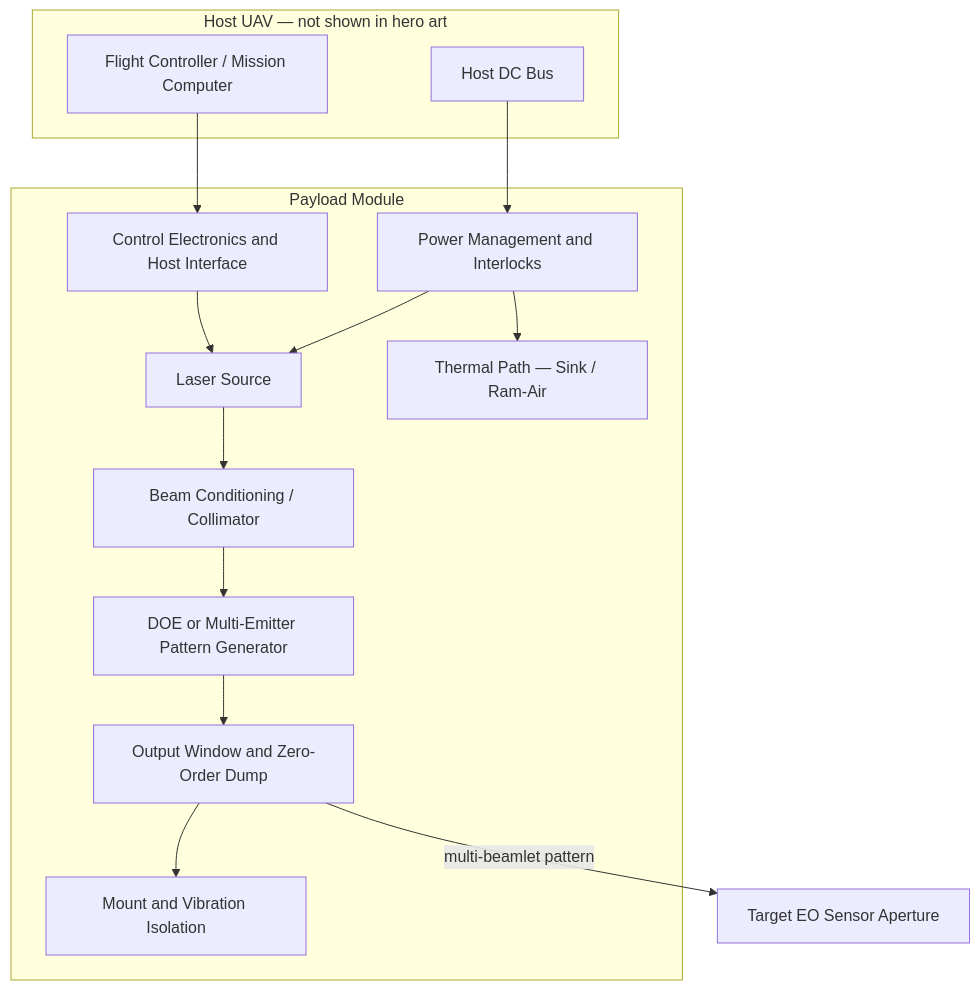
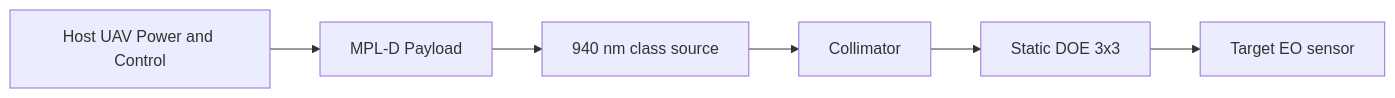
Before and after one commit to Fratres-X-AI/MPL-D: the diagram in README.md, drawn with Mermaid. The commit also changed other lines of this file and 17 other files, not shown here.

````diff
--- a/README.md
+++ b/README.md
@@ -38,24 +89,8 @@
 ```mermaid
-flowchart TB
-  subgraph payload [Payload Module]
-    LaserSource[Laser Source]
-    BeamConditioning[Beam Conditioning / Collimator]
-    PatternGen[DOE or Multi-Emitter Pattern Generator]
-    OutputOptics[Output Window and Zero-Order Dump]
-    MountIF[Mount and Vibration Isolation]
-    PowerMgmt[Power Management and Interlocks]
-    ThermalMgmt[Thermal Path — Sink / Ram-Air]
-    Control[Control Electronics and Host Interface]
-  end
-  subgraph host [Host UAV — not shown in hero art]
-    PowerBus[Host DC Bus]
-    FC[Flight Controller / Mission Computer]
-  end
-  PowerBus --> PowerMgmt
-  PowerMgmt --> LaserSource
-  PowerMgmt --> ThermalMgmt
-  Control --> LaserSource
-  LaserSource --> BeamConditioning --> PatternGen --> OutputOptics --> MountIF
-  FC --> Control
-  OutputOptics -->|multi-beamlet pattern| TargetEO[Target EO Sensor Aperture]
+flowchart LR
+  Host[Host UAV Power and Control] --> Payload[MPL-D Payload]
+  Payload --> Laser[940 nm class source]
+  Laser --> Collim[Collimator]
+  Collim --> DOE[Static DOE 3x3]
+  DOE --> Target[Target EO sensor]
 ```
````
